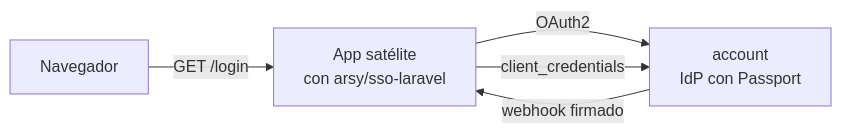
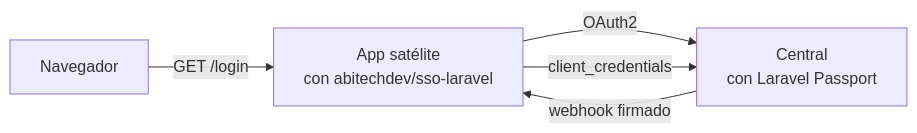
Before and after one commit to ABItech-PERU/arsy-sso-client: the diagram in README.md, drawn with Mermaid. The commit also changed other lines of this file and 3 other files, not shown here.

````diff
--- a/README.md
+++ b/README.md
@@ -12,7 +12,7 @@
 ```mermaid
 flowchart LR
-  N["Navegador"] -- "GET /login" --> S["App satélite<br>con arsy/sso-laravel"]
-  S -- "OAuth2" --> A["account<br>IdP con Passport"]
-  A -- "webhook firmado" --> S
-  S -- "client_credentials" --> A
+  N["Navegador"] -- "GET /login" --> S["App satélite<br>con abitechdev/sso-laravel"]
+  S -- "OAuth2" --> C["Central<br>con Laravel Passport"]
+  C -- "webhook firmado" --> S
+  S -- "client_credentials" --> C
 ```
````
